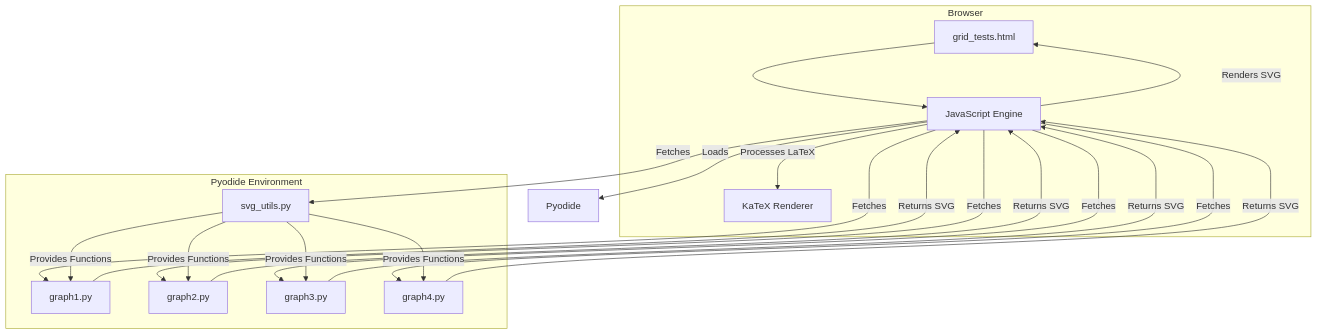
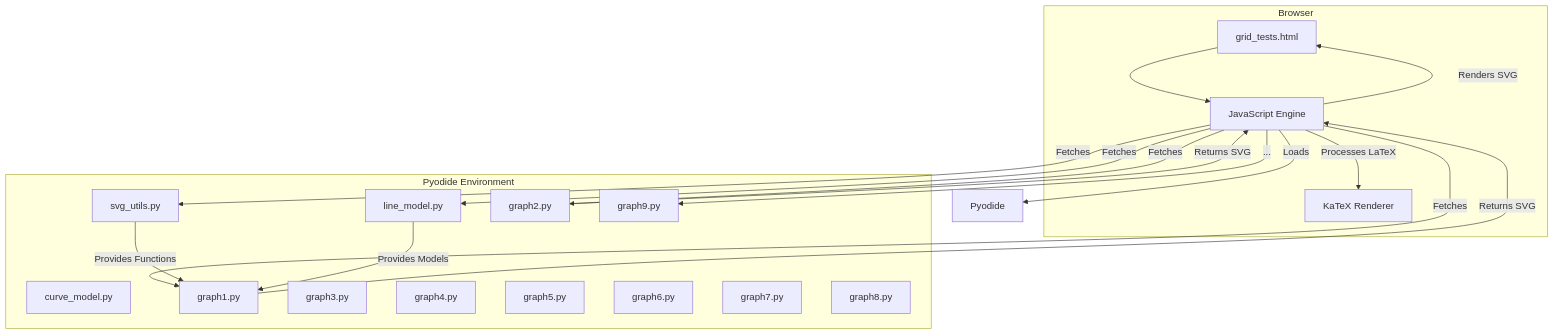
One commit to pointcarre-app/nagini changed the first of 4 diagrams in experiments/multi-tentative/README.md. Above: the diagram before and after it, drawn with Mermaid. The commit also changed other lines of this file and 20 other files, not shown here.

````diff
--- a/experiments/multi-tentative/README.md
+++ b/experiments/multi-tentative/README.md
@@ -11,37 +11,40 @@
 ```mermaid
 graph TB
     subgraph Browser
         HTML[grid_tests.html]
         JS[JavaScript Engine]
         KaTeX[KaTeX Renderer]
     end
     
     subgraph Pyodide Environment
         Utils[svg_utils.py]
+        LineModel[line_model.py]
+        CurveModel[curve_model.py]
         G1[graph1.py]
         G2[graph2.py]
         G3[graph3.py]
         G4[graph4.py]
+        G5[graph5.py]
+        G6[graph6.py]
+        G7[graph7.py]
+        G8[graph8.py]
+        G9[graph9.py]
     end
     
     HTML --> JS
     JS --> |Loads| Pyodide
     JS --> |Fetches| Utils
+    JS --> |Fetches| LineModel
     JS --> |Fetches| G1
     JS --> |Fetches| G2
-    JS --> |Fetches| G3
-    JS --> |Fetches| G4
+    JS --> |...| G9
     
     Utils --> |Provides Functions| G1
-    Utils --> |Provides Functions| G2
-    Utils --> |Provides Functions| G3
-    Utils --> |Provides Functions| G4
+    LineModel --> |Provides Models| G1
     
     G1 --> |Returns SVG| JS
     G2 --> |Returns SVG| JS
-    G3 --> |Returns SVG| JS
-    G4 --> |Returns SVG| JS
     
     JS --> |Renders SVG| HTML
     JS --> |Processes LaTeX| KaTeX
 ```
````
